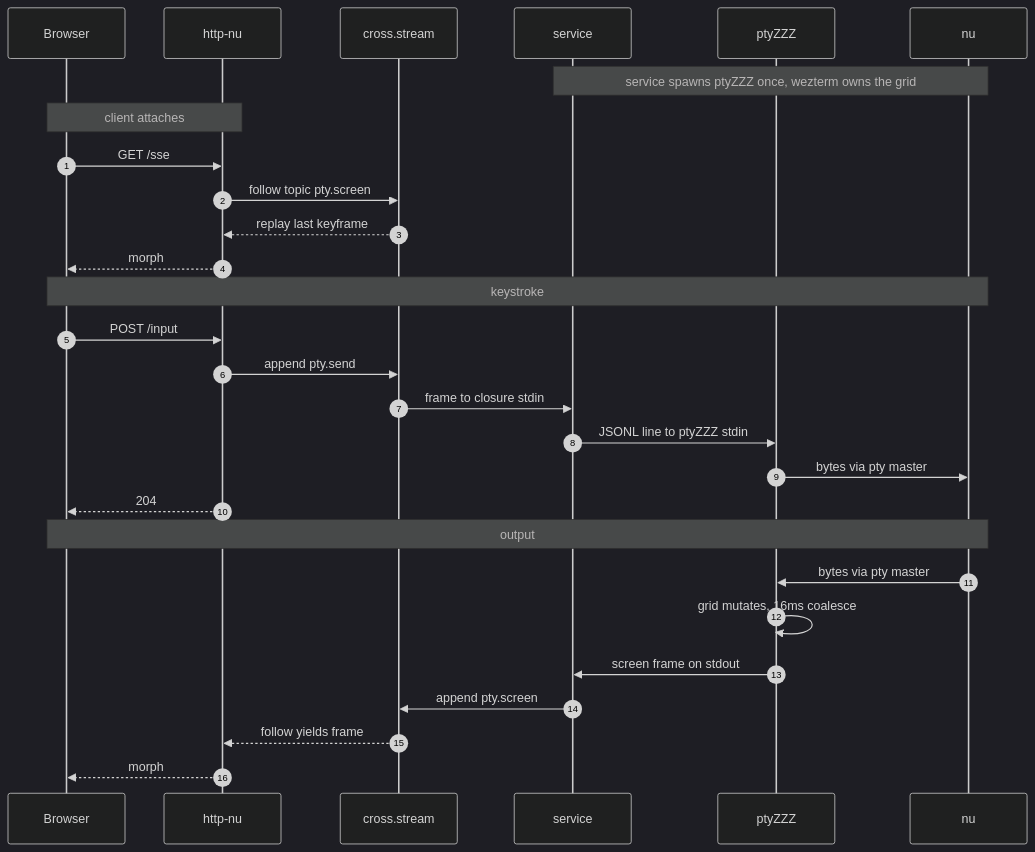
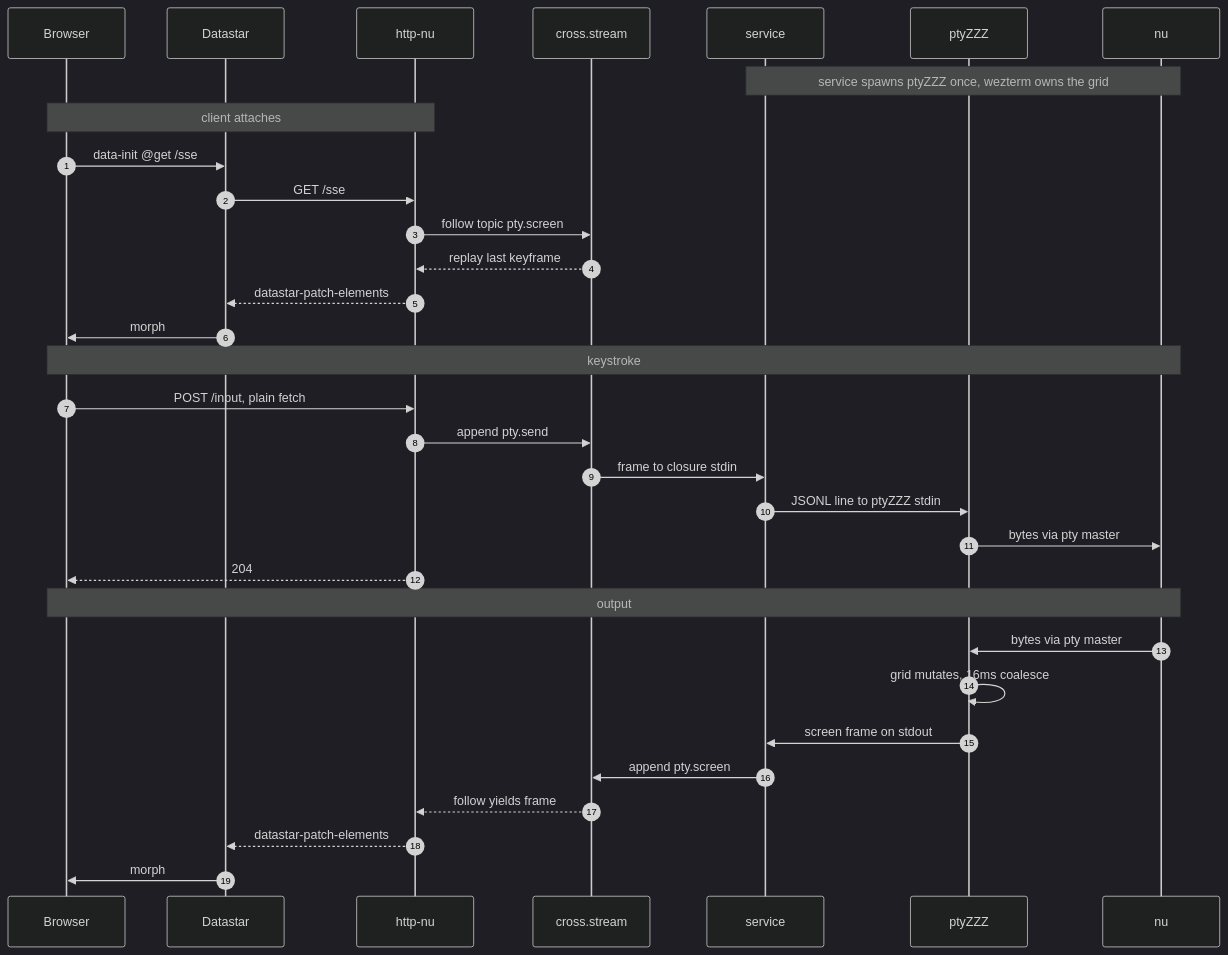
The diagram in README.md (cablehead/ptyZZZ), drawn with Mermaid (dark theme) before and after one commit.

Commit message:
docs: show Datastar in the sequence diagram

````diff
--- a/README.md
+++ b/README.md
@@ -107,34 +107,38 @@
 ```mermaid
 sequenceDiagram
     autonumber
     participant Browser
+    participant DS as Datastar
     participant HTTP as http-nu
     participant XS as cross.stream
     participant Svc as service
     participant Pty as ptyZZZ
     participant Sh as nu
 
     Note over Svc,Sh: service spawns ptyZZZ once, wezterm owns the grid
 
     Note over Browser,HTTP: client attaches
-    Browser->>HTTP: GET /sse
+    Browser->>DS: data-init @get /sse
+    DS->>HTTP: GET /sse
     HTTP->>XS: follow topic pty.screen
     XS-->>HTTP: replay last keyframe
-    HTTP-->>Browser: morph #grid
+    HTTP-->>DS: datastar-patch-elements
+    DS->>Browser: morph #grid
 
     Note over Browser,Sh: keystroke
-    Browser->>HTTP: POST /input
+    Browser->>HTTP: POST /input, plain fetch
     HTTP->>XS: append pty.send
     XS->>Svc: frame to closure stdin
     Svc->>Pty: JSONL line to ptyZZZ stdin
     Pty->>Sh: bytes via pty master
     HTTP-->>Browser: 204
 
     Note over Sh,Browser: output
     Sh->>Pty: bytes via pty master
     Pty->>Pty: grid mutates, 16ms coalesce
     Pty->>Svc: screen frame on stdout
     Svc->>XS: append pty.screen
     XS-->>HTTP: follow yields frame
-    HTTP-->>Browser: morph #grid
+    HTTP-->>DS: datastar-patch-elements
+    DS->>Browser: morph #grid
 ```
````
